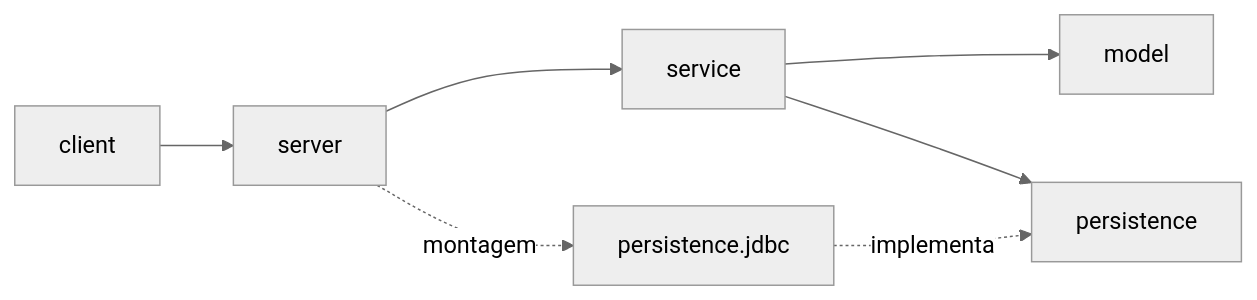
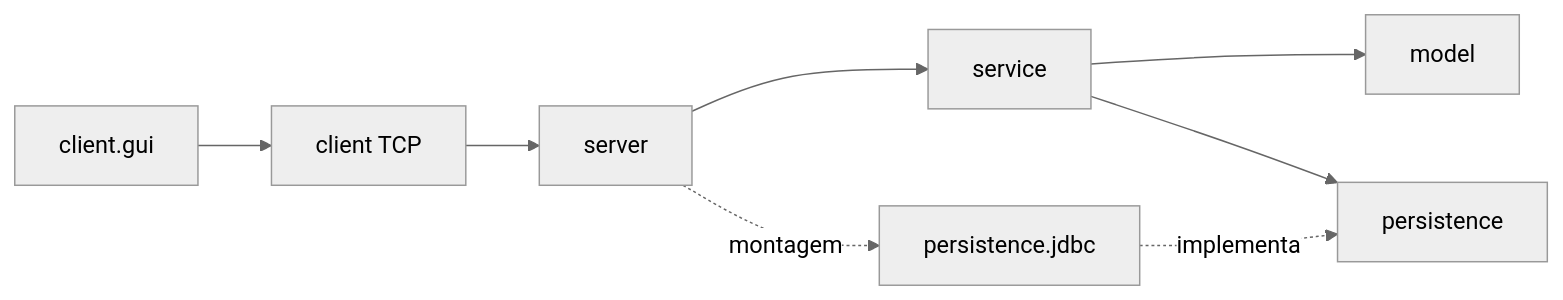
Before and after one commit to juansiqueira-pr/Chat-Multiusuario: the first of 3 diagrams in docs/RELATORIO_FINAL.md, drawn with Mermaid (neutral theme). The commit also changed other lines of this file and 13 other files, not shown here.

````diff
--- a/docs/RELATORIO_FINAL.md
+++ b/docs/RELATORIO_FINAL.md
@@ -5,9 +5,10 @@
 ```mermaid
 flowchart LR
   Cliente[client] --> Servidor[server]
   Servidor --> Servico[service]
   Servico --> Modelo[model]
   Servico --> Contrato[persistence]
   JDBC[persistence.jdbc] -. implementa .-> Contrato
   Servidor -. montagem .-> JDBC
+  GUI[client.gui] --> Cliente[client TCP]
 ```
````
